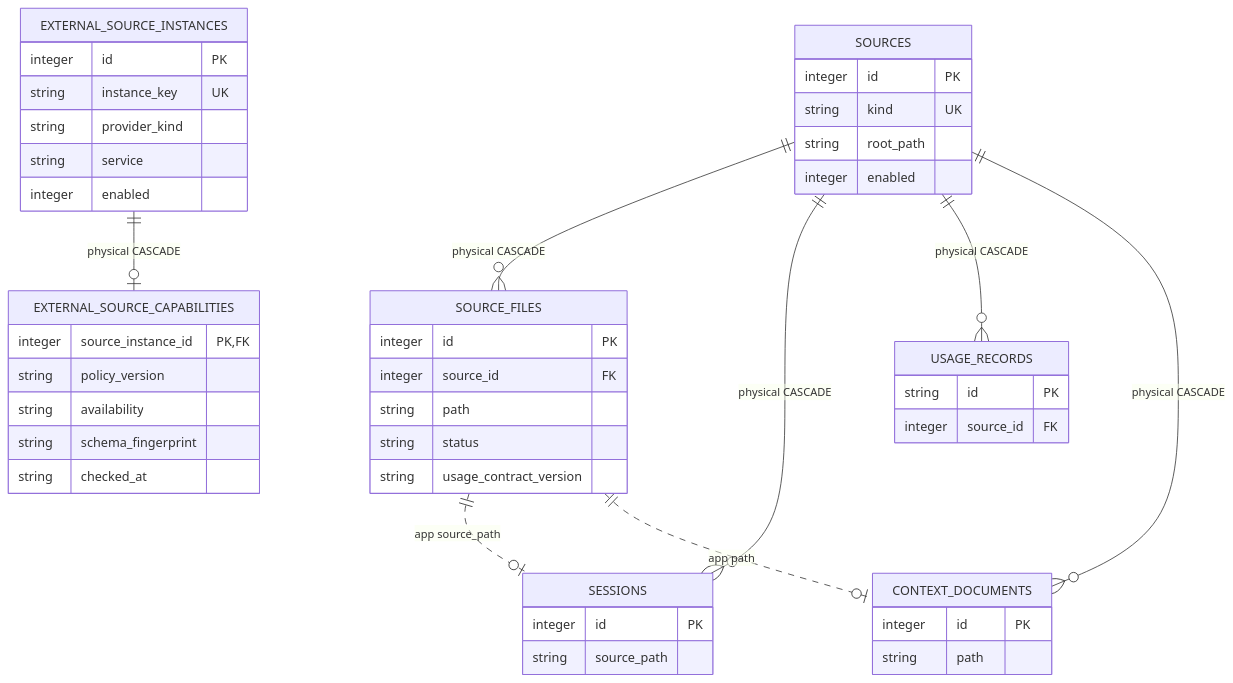
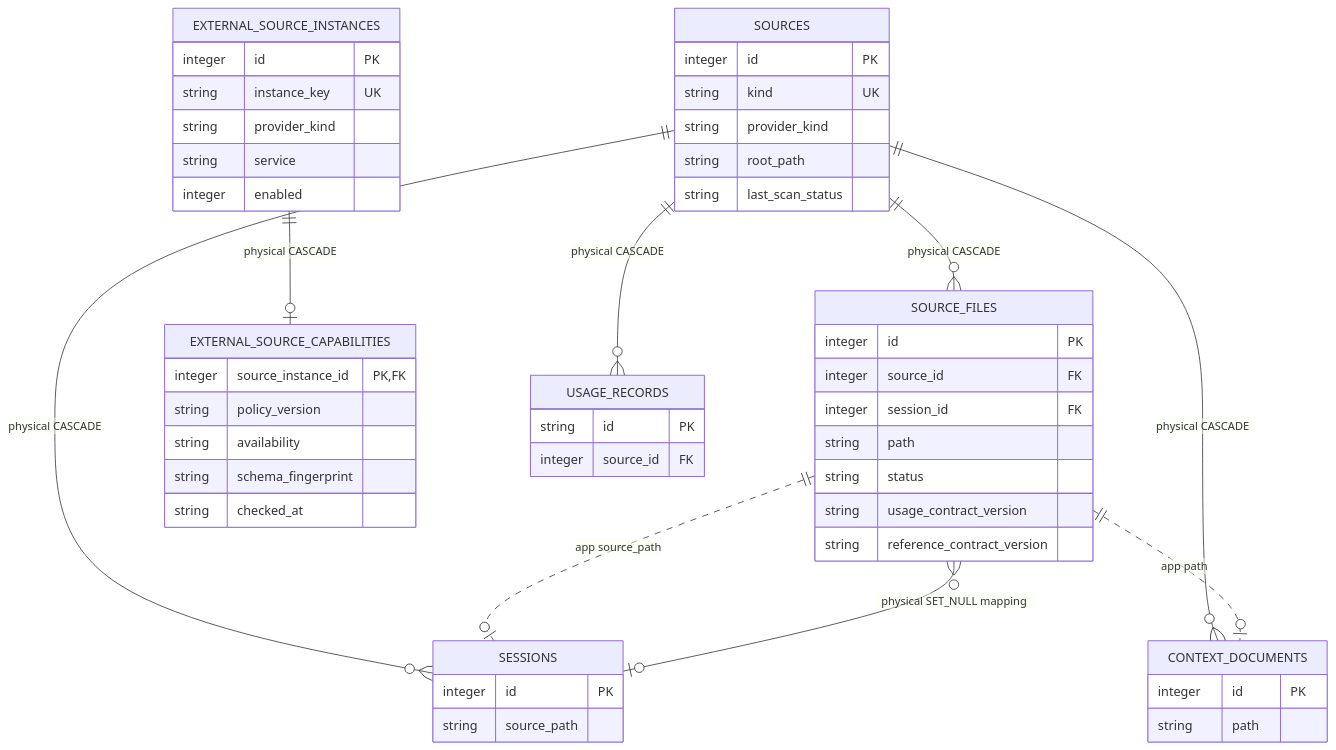
Before and after one commit to chochita0311/local-brain: the diagram in docs/policies/project/data-model/source-registry-and-scans.md, drawn with Mermaid. The commit also changed other lines of this file and 163 other files, not shown here.

Commit message:
feat: complete multi-source session context workflows

````diff
--- a/docs/policies/project/data-model/source-registry-and-scans.md
+++ b/docs/policies/project/data-model/source-registry-and-scans.md
@@ -13,41 +13,45 @@
 ```mermaid
 erDiagram
     SOURCES {
         integer id PK
         string kind UK
+        string provider_kind
         string root_path
-        integer enabled
+        string last_scan_status
     }
     SOURCE_FILES {
         integer id PK
         integer source_id FK
+        integer session_id FK
         string path
         string status
         string usage_contract_version
+        string reference_contract_version
     }
     EXTERNAL_SOURCE_INSTANCES {
         integer id PK
         string instance_key UK
         string provider_kind
         string service
         integer enabled
     }
     EXTERNAL_SOURCE_CAPABILITIES {
         integer source_instance_id PK, FK
         string policy_version
         string availability
         string schema_fingerprint
         string checked_at
     }
     SESSIONS { integer id PK string source_path }
     USAGE_RECORDS { string id PK integer source_id FK }
     CONTEXT_DOCUMENTS { integer id PK string path }
 
     SOURCES ||--o{ SOURCE_FILES : "physical CASCADE"
     SOURCES ||--o{ SESSIONS : "physical CASCADE"
     SOURCES ||--o{ USAGE_RECORDS : "physical CASCADE"
     SOURCES ||--o{ CONTEXT_DOCUMENTS : "physical CASCADE"
     EXTERNAL_SOURCE_INSTANCES ||--o| EXTERNAL_SOURCE_CAPABILITIES : "physical CASCADE"
+    SESSIONS o|--o{ SOURCE_FILES : "physical SET_NULL mapping"
     SOURCE_FILES ||..o| SESSIONS : "app source_path"
     SOURCE_FILES ||..o| CONTEXT_DOCUMENTS : "app path"
 ```
````
